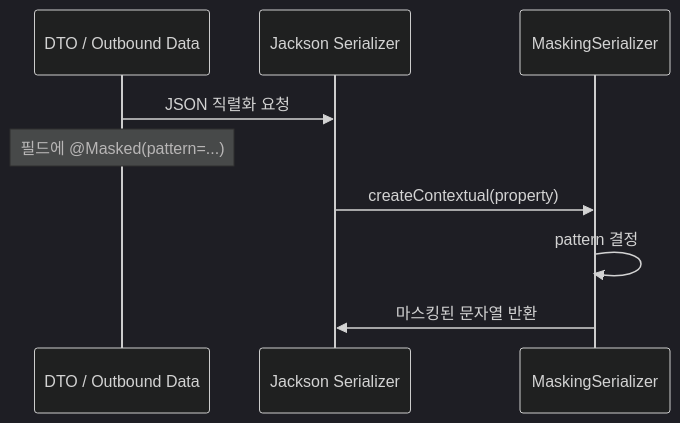
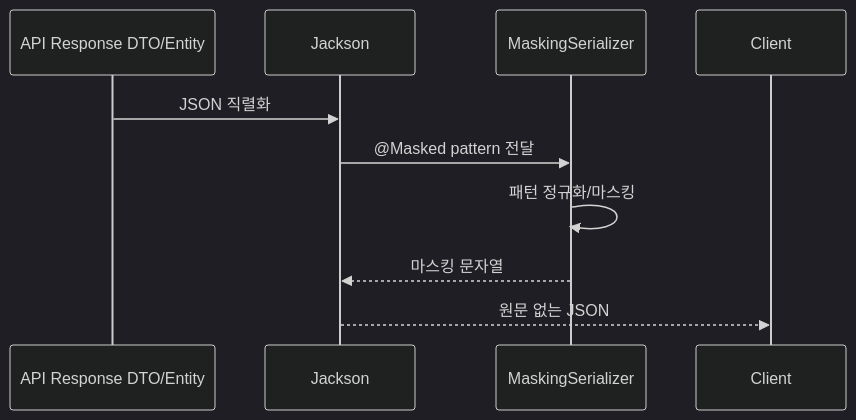
The second of 2 diagrams in shared-kernel/docs/process-flow.md (skyg547/account), drawn with Mermaid (dark theme) before and after one commit. The commit also changed other lines of this file and 72 other files, not shown here.

````diff
--- a/shared-kernel/docs/process-flow.md
+++ b/shared-kernel/docs/process-flow.md
@@ -37,12 +41,13 @@
 ```mermaid
 sequenceDiagram
-    participant Entity as DTO / Outbound Data
-    participant Jackson as Jackson Serializer
-    participant Mask as MaskingSerializer
+    participant API as API Response DTO/Entity
+    participant Jackson
+    participant Serializer as MaskingSerializer
+    participant Client
 
-    Entity->>Jackson: JSON 직렬화 요청
-    Note over Entity: 필드에 @Masked(pattern=...)
-    Jackson->>Mask: createContextual(property)
-    Mask->>Mask: pattern 결정
-    Mask->>Jackson: 마스킹된 문자열 반환
+    API->>Jackson: JSON 직렬화
+    Jackson->>Serializer: @Masked pattern 전달
+    Serializer->>Serializer: 패턴 정규화/마스킹
+    Serializer-->>Jackson: 마스킹 문자열
+    Jackson-->>Client: 원문 없는 JSON
 ```
````
